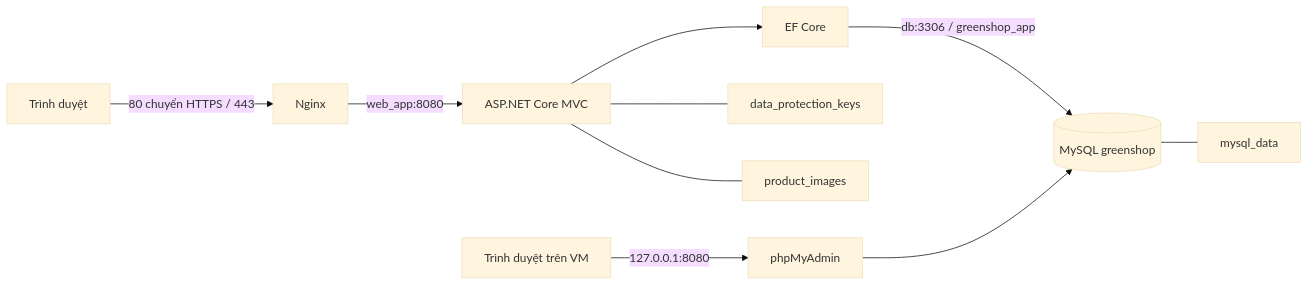
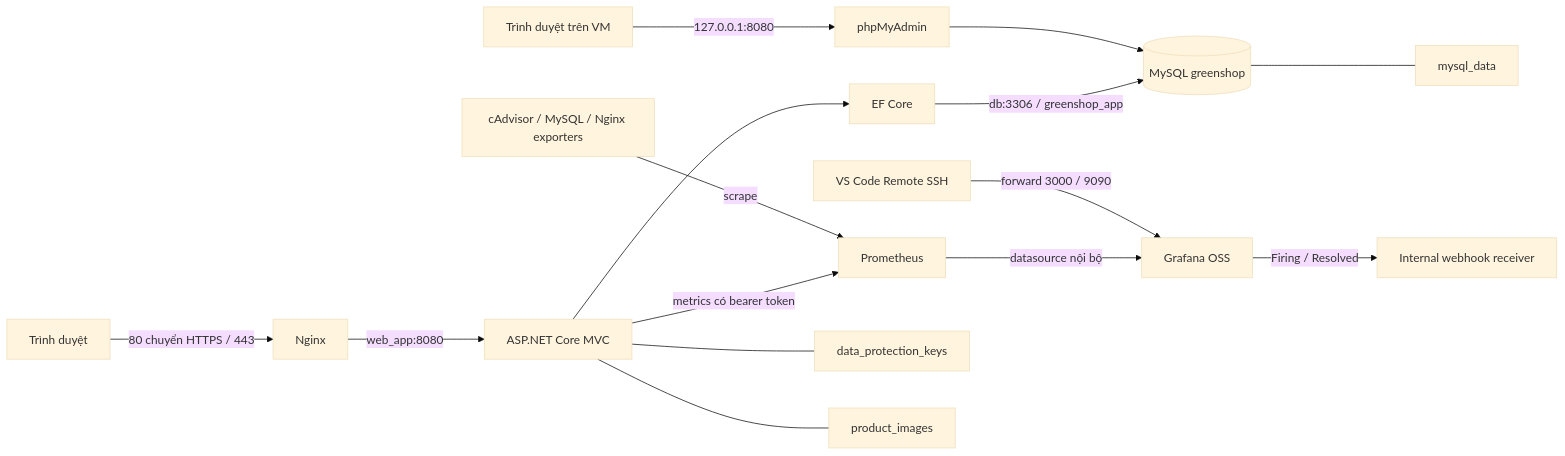
One commit to dtc245200016/GreenShop-Official changed the diagram in README.md. Above: the diagram before and after it, drawn with Mermaid (base theme). The commit also changed other lines of this file and 79 other files, not shown here.

````diff
--- a/README.md
+++ b/README.md
@@ -32,12 +66,17 @@
 ```mermaid
 flowchart LR
     Client[Trình duyệt] -->|80 chuyển HTTPS / 443| Nginx[Nginx]
     Nginx -->|web_app:8080| Web[ASP.NET Core MVC]
     Web --> EF[EF Core]
     EF -->|db:3306 / greenshop_app| DB[(MySQL greenshop)]
     Admin[Trình duyệt trên VM] -->|127.0.0.1:8080| PMA[phpMyAdmin]
     PMA --> DB
+    Web -->|metrics có bearer token| Prom[Prometheus]
+    Exporters[cAdvisor / MySQL / Nginx exporters] -->|scrape| Prom
+    Prom -->|datasource nội bộ| Graf[Grafana OSS]
+    Graf -->|Firing / Resolved| Sink[Internal webhook receiver]
+    Operator[VS Code Remote SSH] -->|forward 3000 / 9090| Graf
     DB --- Data[mysql_data]
     Web --- Keys[data_protection_keys]
     Web --- Images[product_images]
 ```
````
